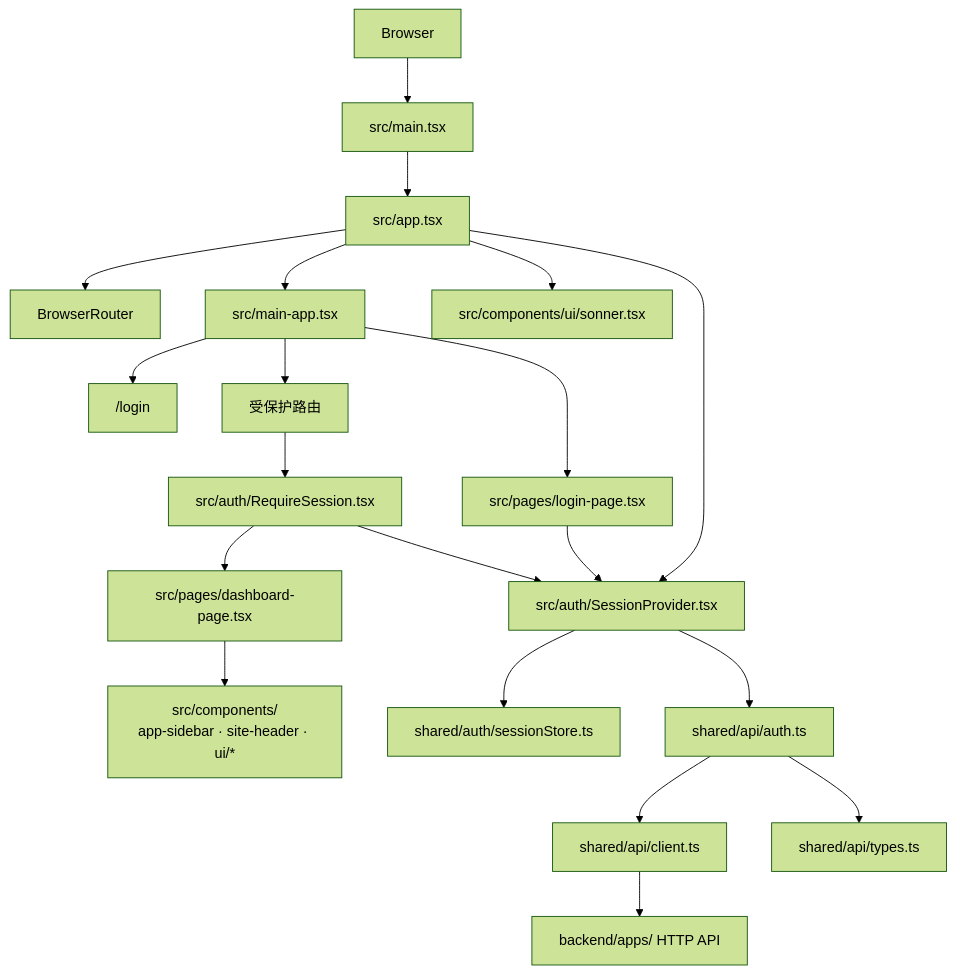
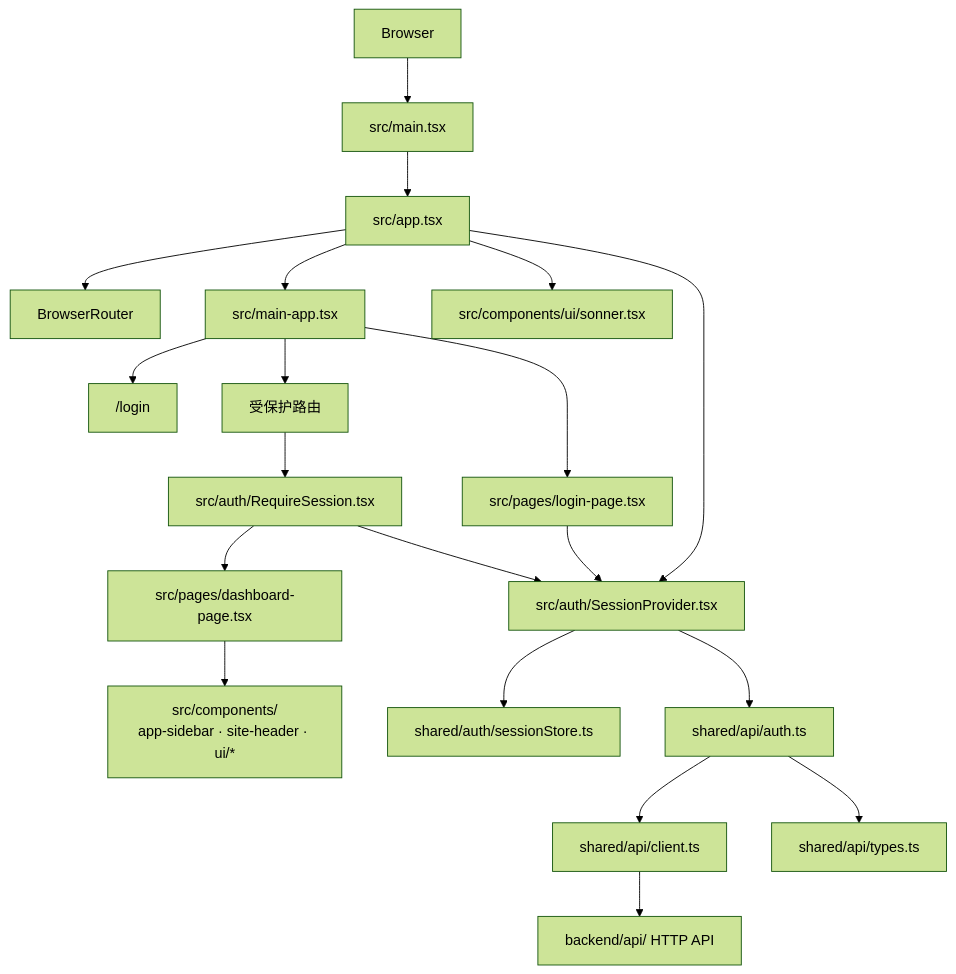
One commit to zata-zhangtao/zata-codes-template changed the first of 2 diagrams in docs/architecture/frontend-architecture.md. Above: the diagram before and after it, drawn with Mermaid (forest theme). The commit also changed other lines of this file and 22 other files, not shown here.

First line of the commit message:
refactor: rename `backend/apps/` to `backend/api/` and `backend/capabilities/` to `backend/engines/`

````diff
--- a/docs/architecture/frontend-architecture.md
+++ b/docs/architecture/frontend-architecture.md
@@ -13,25 +13,25 @@
 ```mermaid
 flowchart TD
     Browser["Browser"] --> Entry["src/main.tsx"]
     Entry --> AppRoot["src/app.tsx"]
     AppRoot --> Router["BrowserRouter"]
     AppRoot --> SessionProvider["src/auth/SessionProvider.tsx"]
     AppRoot --> MainApp["src/main-app.tsx"]
     AppRoot --> Feedback["src/components/ui/sonner.tsx"]
 
     MainApp --> LoginRoute["/login"]
     MainApp --> ProtectedRoute["受保护路由"]
     ProtectedRoute --> RouteGuard["src/auth/RequireSession.tsx"]
     RouteGuard --> DashboardPage["src/pages/dashboard-page.tsx"]
     MainApp --> LoginPage["src/pages/login-page.tsx"]
 
     DashboardPage --> LayoutShell["src/components/\napp-sidebar · site-header · ui/*"]
     LoginPage --> SessionProvider
     RouteGuard --> SessionProvider
 
     SessionProvider --> SessionStore["shared/auth/sessionStore.ts"]
     SessionProvider --> AuthApi["shared/api/auth.ts"]
     AuthApi --> ApiClient["shared/api/client.ts"]
     AuthApi --> ApiTypes["shared/api/types.ts"]
-    ApiClient --> Backend["backend/apps/ HTTP API"]
+    ApiClient --> Backend["backend/api/ HTTP API"]
 ```
````
